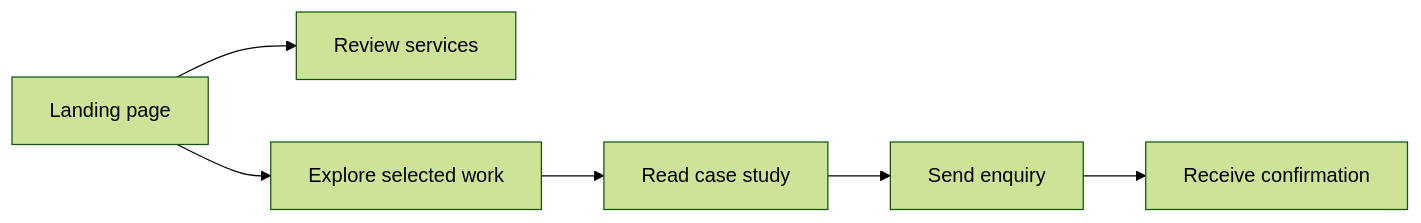
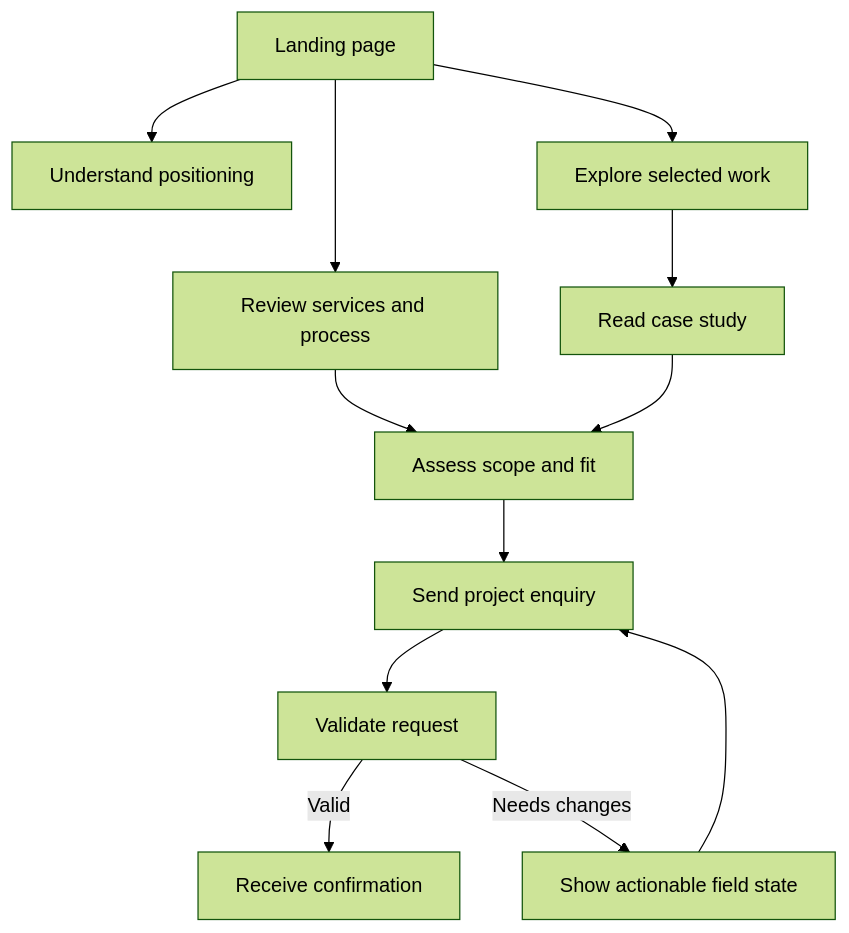
One commit to kajolmehra/northstar-developer-portfolio changed the diagram in docs/USER-FLOWS.md. Above: the diagram before and after it, drawn with Mermaid (forest theme). The commit also changed other lines of this file and 1 other file, not shown here.

````diff
--- a/docs/USER-FLOWS.md
+++ b/docs/USER-FLOWS.md
@@ -3,8 +3,14 @@
 ```mermaid
-flowchart LR
-    Landing[Landing page] --> Services[Review services]
+flowchart TB
+    Landing[Landing page] --> Position[Understand positioning]
+    Landing --> Services[Review services and process]
     Landing --> Work[Explore selected work]
     Work --> CaseStudy[Read case study]
-    CaseStudy --> Enquiry[Send enquiry]
-    Enquiry --> Confirmation[Receive confirmation]
+    Services --> Fit[Assess scope and fit]
+    CaseStudy --> Fit
+    Fit --> Enquiry[Send project enquiry]
+    Enquiry --> Validate[Validate request]
+    Validate -->|Valid| Confirmation[Receive confirmation]
+    Validate -->|Needs changes| FormState[Show actionable field state]
+    FormState --> Enquiry
 ```
````
